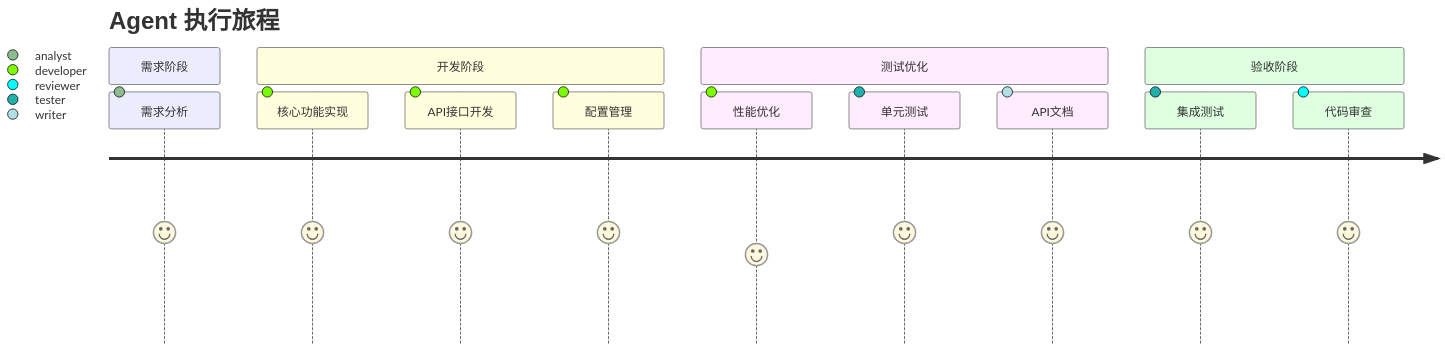
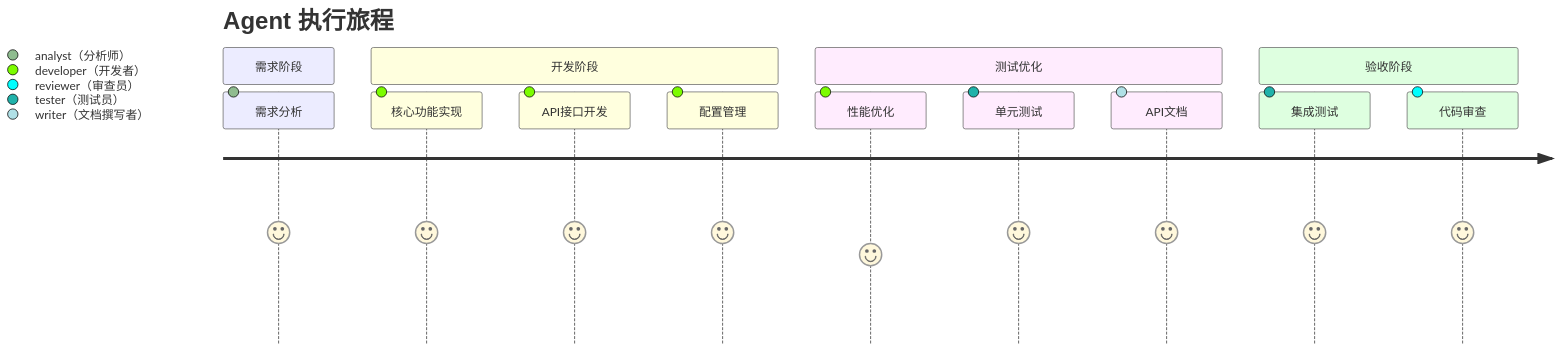
The second of 2 diagrams in plugins/tools/task/skills/loop/plan-confirmation-template.md (lazygophers/ccplugin), drawn with Mermaid before and after one commit. The commit also changed other lines of this file and 22 other files, not shown here.

````diff
--- a/plugins/tools/task/skills/loop/plan-confirmation-template.md
+++ b/plugins/tools/task/skills/loop/plan-confirmation-template.md
@@ -46,17 +46,17 @@
 ```mermaid
 journey
     title Agent 执行旅程
     section 需求阶段
-      需求分析: 5: analyst
+      需求分析: 5: analyst（分析师）
     section 开发阶段
-      核心功能实现: 5: developer
-      API接口开发: 5: developer
-      配置管理: 5: developer
+      核心功能实现: 5: developer（开发者）
+      API接口开发: 5: developer（开发者）
+      配置管理: 5: developer（开发者）
     section 测试优化
-      性能优化: 4: developer
-      单元测试: 5: tester
-      API文档: 5: writer
+      性能优化: 4: developer（开发者）
+      单元测试: 5: tester（测试员）
+      API文档: 5: writer（文档撰写者）
     section 验收阶段
-      集成测试: 5: tester
-      代码审查: 5: reviewer
+      集成测试: 5: tester（测试员）
+      代码审查: 5: reviewer（审查员）
 ```
````
